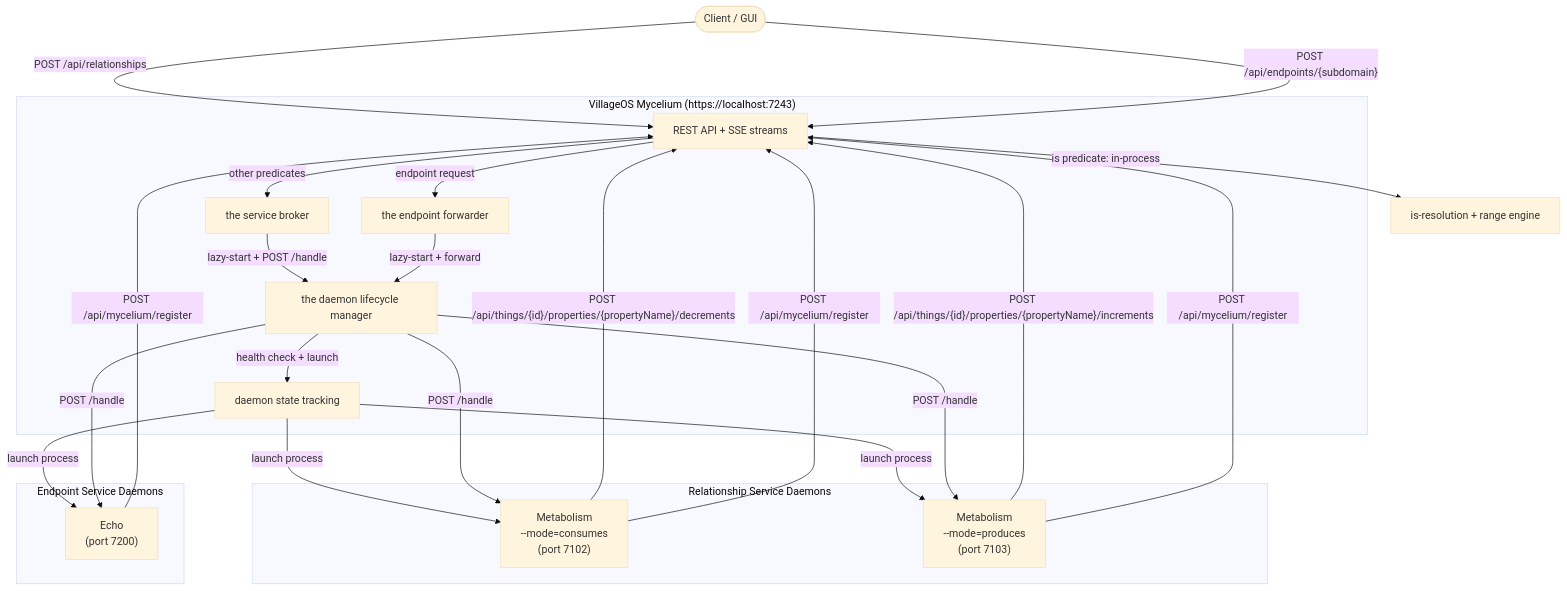
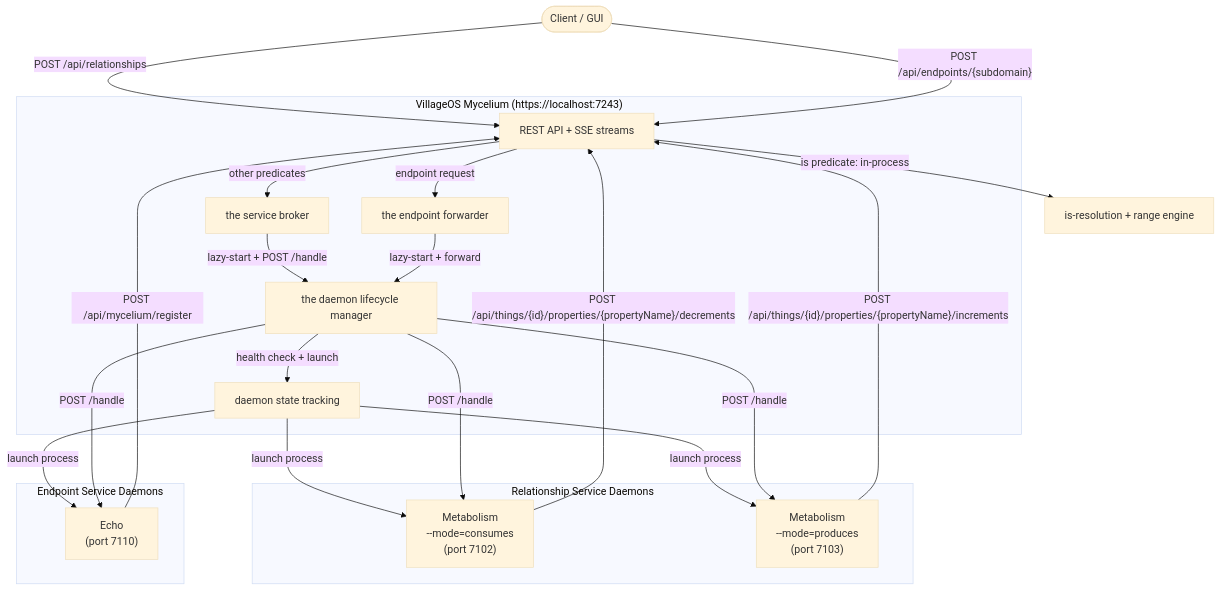
Before and after one commit to ReGen-Villages/VillageOS-API: the diagram in docs/RELATIONSHIP_SERVICES.md, drawn with Mermaid (base theme). The commit also changed other lines of this file and 35 other files, not shown here.

````diff
--- a/docs/RELATIONSHIP_SERVICES.md
+++ b/docs/RELATIONSHIP_SERVICES.md
@@ -63,35 +63,35 @@
 ```mermaid
 flowchart TB
     subgraph Mycelium["VillageOS Mycelium (https://localhost:7243)"]
         API[REST API + SSE streams]
         DSB[the service broker]
         DLM[the daemon lifecycle manager]
         DST[daemon state tracking]
         ESF[the endpoint forwarder]
     end
 
     subgraph Handlers["Relationship Service Daemons"]
         CONS["Metabolism\n--mode=consumes\n(port 7102)"]
         PROD["Metabolism\n--mode=produces\n(port 7103)"]
     end
 
     subgraph EndpointSvcs["Endpoint Service Daemons"]
-        ECHO["Echo\n(port 7200)"]
+        ECHO["Echo\n(port 7110)"]
     end
 
     Client([Client / GUI]) -->|"POST /api/relationships"| API
     Client -->|"POST /api/endpoints/{subdomain}"| API
     API -->|"is predicate: in-process"| VRS["is-resolution + range engine"]
     API -->|"other predicates"| DSB
     API -->|"endpoint request"| ESF
     DSB -->|"lazy-start + POST /handle"| DLM
     ESF -->|"lazy-start + forward"| DLM
     DLM -->|"health check + launch"| DST
     DST -->|"launch process"| CONS & PROD & ECHO
     DLM -->|"POST /handle"| CONS & PROD & ECHO
 
     CONS -->|"POST /api/things/{id}/properties/{propertyName}/decrements"| API
     PROD -->|"POST /api/things/{id}/properties/{propertyName}/increments"| API
 
-    CONS & PROD & ECHO -->|"POST /api/mycelium/register"| API
+    ECHO -->|"POST /api/mycelium/register"| API
 ```
````
